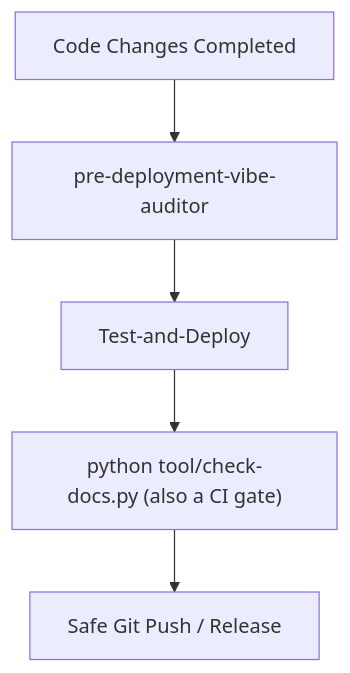
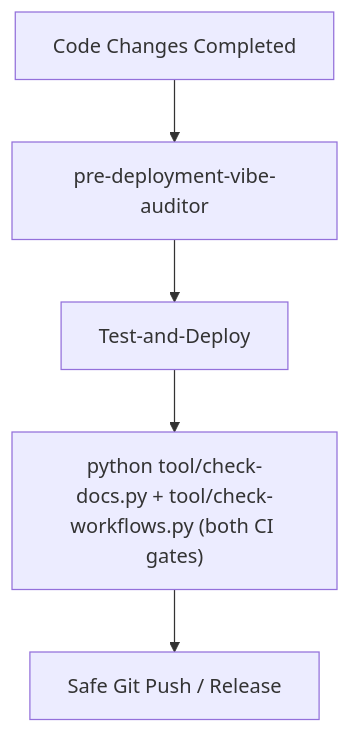
The third of 3 diagrams in HOW-TO.md (GigaionLLC/Airclone), drawn with Mermaid before and after one commit. The commit also changed other lines of this file and 24 other files, not shown here.

````diff
--- a/HOW-TO.md
+++ b/HOW-TO.md
@@ -78,7 +78,7 @@
 ```mermaid
 graph TD
     A[Code Changes Completed] --> B[pre-deployment-vibe-auditor]
     B --> C[Test-and-Deploy]
-    C --> E["python tool/check-docs.py (also a CI gate)"]
+    C --> E["python tool/check-docs.py + tool/check-workflows.py (both CI gates)"]
     E --> D[Safe Git Push / Release]
 ```
````
